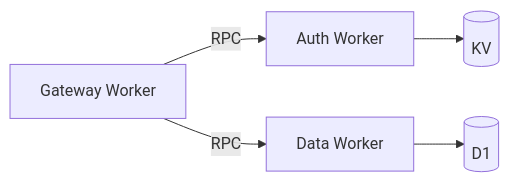
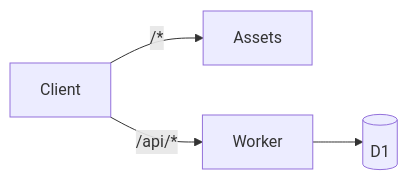
Before and after one commit to littlebearapps/cloudflare-engineer: the third of 3 diagrams in skills/architect/SKILL.md, drawn with Mermaid. The commit also changed other lines of this file and 34 other files, not shown here.

````diff
--- a/skills/architect/SKILL.md
+++ b/skills/architect/SKILL.md
@@ -951,7 +207,6 @@
 ```mermaid
 graph LR
-    A[Gateway Worker] -->|RPC| B[Auth Worker]
-    A -->|RPC| C[Data Worker]
-    B --> D[(KV)]
-    C --> E[(D1)]
+    Client -->|/*| Assets
+    Client -->|/api/*| API[Worker]
+    API --> D1[(D1)]
 ```
````
